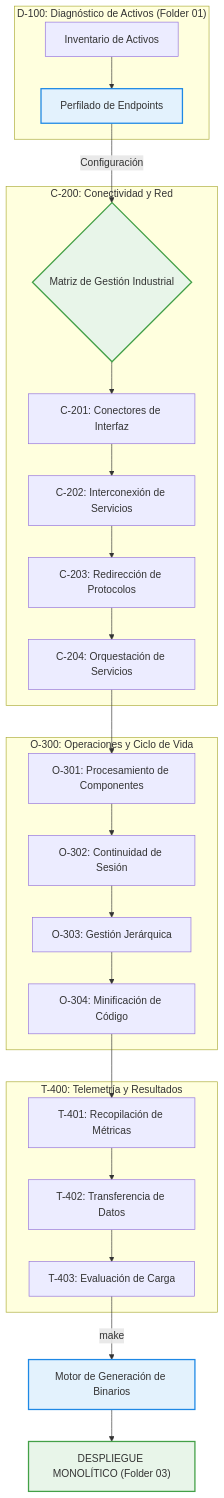
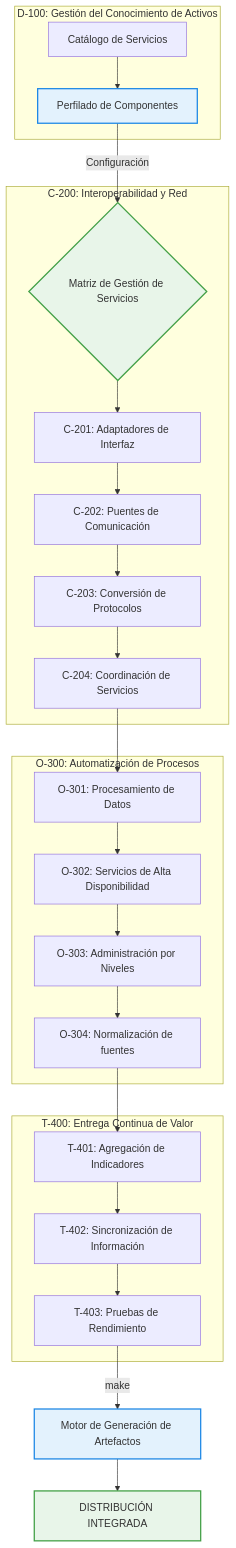
The diagram in README.md (j3susangar1ca/infraestructura), drawn with Mermaid before and after one commit. The commit also changed other lines of this file, not shown here.

````diff
--- a/README.md
+++ b/README.md
@@ -27,36 +35,36 @@
 ```mermaid
 graph TD
-    subgraph "D-100: Diagnóstico de Activos (Folder 01)"
-        A1[Inventario de Activos] --> A2["Perfilado de Endpoints"]
+    subgraph "D-100: Gestión del Conocimiento de Activos"
+        A1[Catálogo de Servicios] --> A2["Perfilado de Componentes"]
     end
 
-    A2 -->|Configuración| B{"Matriz de Gestión Industrial"}
+    A2 -->|Configuración| B{"Matriz de Gestión de Servicios"}
 
-    subgraph "C-200: Conectividad y Red"
-        B --> C201["C-201: Conectores de Interfaz"]
-        C201 --> C202["C-202: Interconexión de Servicios"]
-        C202 --> C203["C-203: Redirección de Protocolos"]
-        C203 --> C204["C-204: Orquestación de Servicios"]
+    subgraph "C-200: Interoperabilidad y Red"
+        B --> C201["C-201: Adaptadores de Interfaz"]
+        C201 --> C202["C-202: Puentes de Comunicación"]
+        C202 --> C203["C-203: Conversión de Protocolos"]
+        C203 --> C204["C-204: Coordinación de Servicios"]
     end
 
-    subgraph "O-300: Operaciones y Ciclo de Vida"
-        C204 --> O301["O-301: Procesamiento de Componentes"]
-        O301 --> O302["O-302: Continuidad de Sesión"]
-        O302 --> O303["O-303: Gestión Jerárquica"]
-        O303 --> O304["O-304: Minificación de Código"]
+    subgraph "O-300: Automatización de Procesos"
+        C204 --> O301["O-301: Procesamiento de Datos"]
+        O301 --> O302["O-302: Servicios de Alta Disponibilidad"]
+        O302 --> O303["O-303: Administración por Niveles"]
+        O303 --> O304["O-304: Normalización de fuentes"]
     end
 
-    subgraph "T-400: Telemetría y Resultados"
-        O304 --> T401["T-401: Recopilación de Métricas"]
-        T401 --> T402["T-402: Transferencia de Datos"]
-        T402 --> T403["T-403: Evaluación de Carga"]
+    subgraph "T-400: Entrega Continua de Valor"
+        O304 --> T401["T-401: Agregación de Indicadores"]
+        T401 --> T402["T-402: Sincronización de Información"]
+        T402 --> T403["T-403: Pruebas de Rendimiento"]
     end
 
-    T403 -->|"make"| D["Motor de Generación de Binarios"]
-    D --> C_OUT["DESPLIEGUE MONOLÍTICO (Folder 03)"]
+    T403 -->|"make"| D["Motor de Generación de Artefactos"]
+    D --> C_OUT["DISTRIBUCIÓN INTEGRADA"]
 
     style A2 fill:#e3f2fd,stroke:#1e88e5,stroke-width:2px
     style B fill:#e8f5e9,stroke:#43a047,stroke-width:2px
     style D fill:#e3f2fd,stroke:#1e88e5,stroke-width:2px
     style C_OUT fill:#e8f5e9,stroke:#43a047,stroke-width:2px
 ```
````
